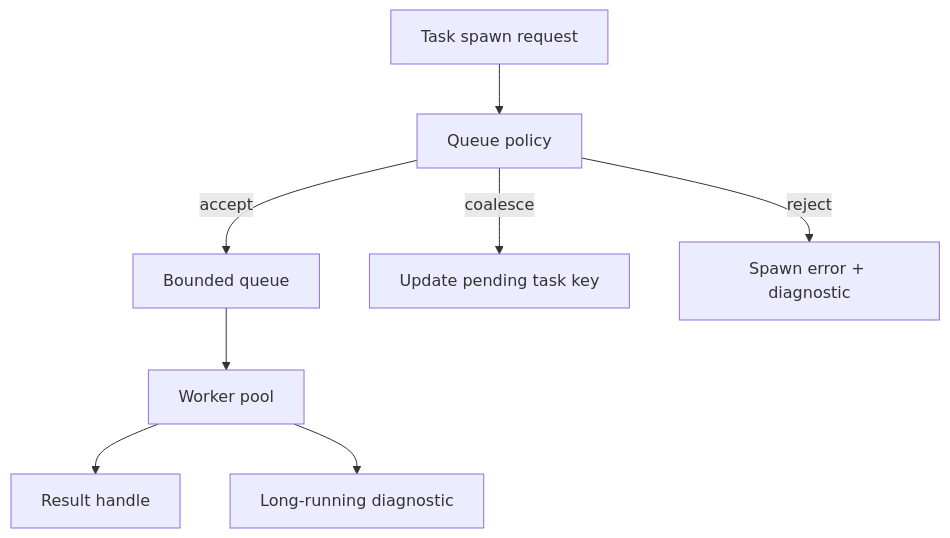
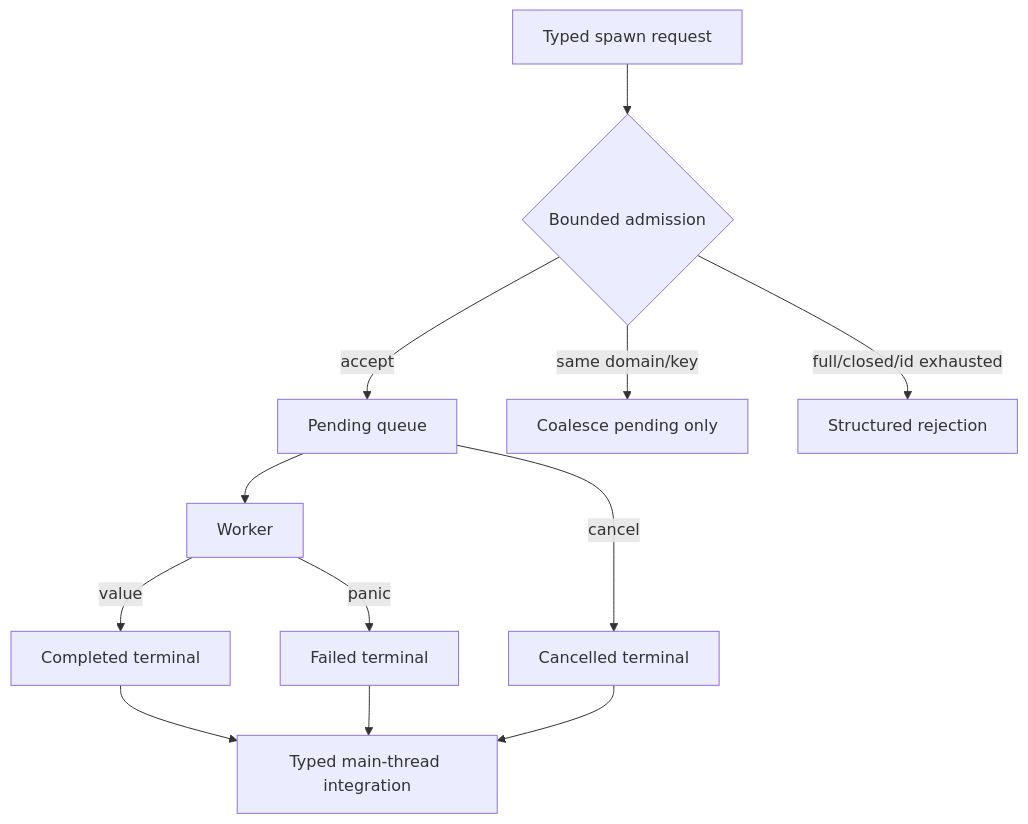
Before and after one commit to Latias94/nara: the diagram in docs/architecture/adr/0052-task-backpressure-cancellation-and-long-running-diagnostics.md, drawn with Mermaid. The commit also changed other lines of this file and 51 other files, not shown here.

````diff
--- a/docs/architecture/adr/0052-task-backpressure-cancellation-and-long-running-diagnostics.md
+++ b/docs/architecture/adr/0052-task-backpressure-cancellation-and-long-running-diagnostics.md
@@ -18,10 +23,14 @@
 ```mermaid
 flowchart TD
-    Request[Task spawn request] --> Policy[Queue policy]
-    Policy -->|accept| Queue[Bounded queue]
-    Policy -->|coalesce| Coalesced[Update pending task key]
-    Policy -->|reject| Reject[Spawn error + diagnostic]
-    Queue --> Worker[Worker pool]
-    Worker --> Result[Result handle]
-    Worker --> Long[Long-running diagnostic]
+    Submit[Typed spawn request] --> Admission{Bounded admission}
+    Admission -->|accept| Pending[Pending queue]
+    Admission -->|same domain/key| Replace[Coalesce pending only]
+    Admission -->|full/closed/id exhausted| Reject[Structured rejection]
+    Pending --> Worker[Worker]
+    Worker -->|value| Complete[Completed terminal]
+    Worker -->|panic| Failed[Failed terminal]
+    Pending -->|cancel| Cancelled[Cancelled terminal]
+    Complete --> Integrate[Typed main-thread integration]
+    Failed --> Integrate
+    Cancelled --> Integrate
 ```
````
